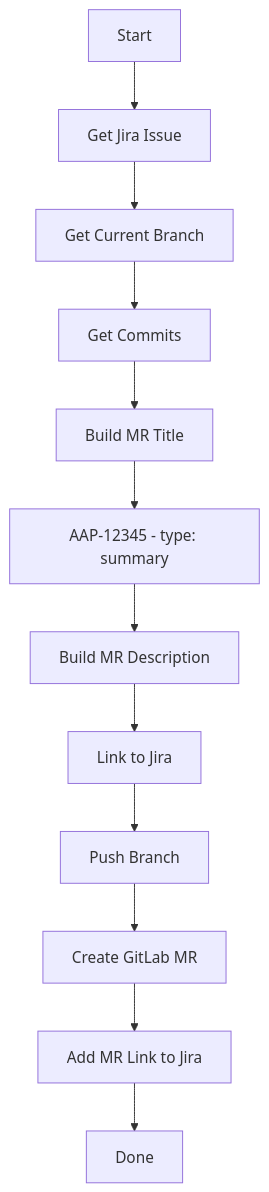
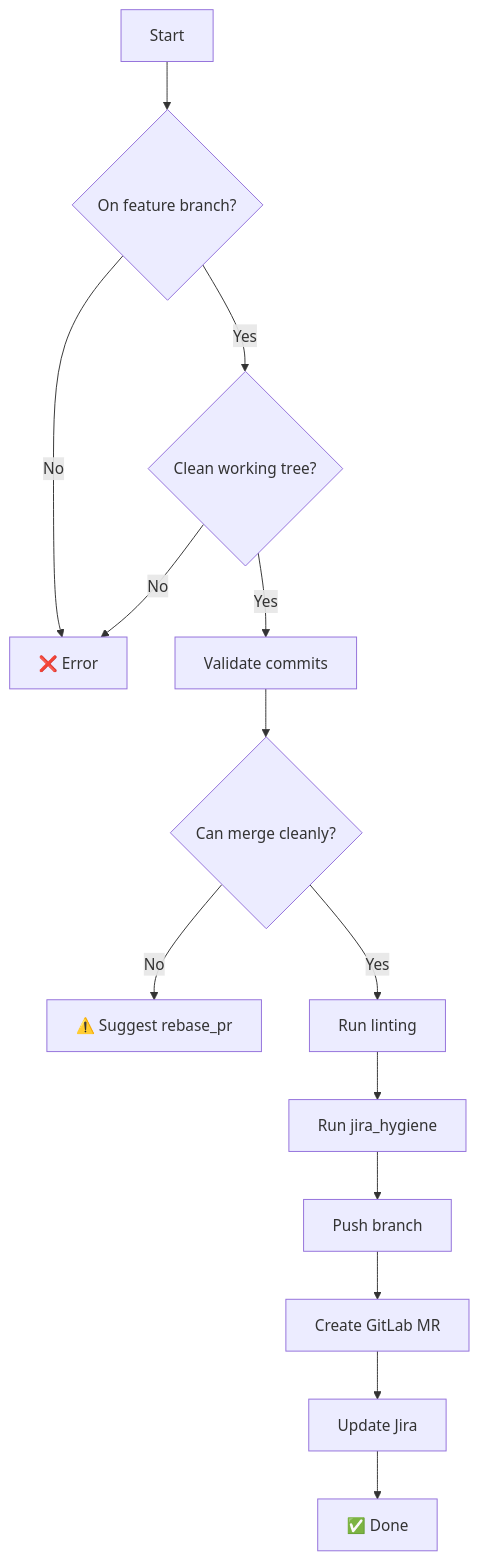
The sixth of 23 diagrams in README.md (dmzoneill/redhat-ai-workflow), drawn with Mermaid before and after one commit. The commit also changed other lines of this file and 7 other files, not shown here.

````diff
--- a/README.md
+++ b/README.md
@@ -386,14 +403,16 @@
 ```mermaid
 flowchart TD
-    A[Start] --> B[Get Jira Issue]
-    B --> C[Get Current Branch]
-    C --> D[Get Commits]
-    D --> E[Build MR Title]
-    E --> F["AAP-12345 - type: summary"]
-    F --> G[Build MR Description]
-    G --> H[Link to Jira]
-    H --> I[Push Branch]
-    I --> J[Create GitLab MR]
-    J --> K[Add MR Link to Jira]
-    K --> L[Done]
+    A[Start] --> B{On feature branch?}
+    B -->|No| X[❌ Error]
+    B -->|Yes| C{Clean working tree?}
+    C -->|No| X
+    C -->|Yes| D[Validate commits]
+    D --> E{Can merge cleanly?}
+    E -->|No| Y[⚠️ Suggest rebase_pr]
+    E -->|Yes| F[Run linting]
+    F --> G[Run jira_hygiene]
+    G --> H[Push branch]
+    H --> I[Create GitLab MR]
+    I --> J[Update Jira]
+    J --> K[✅ Done]
 ```
````
